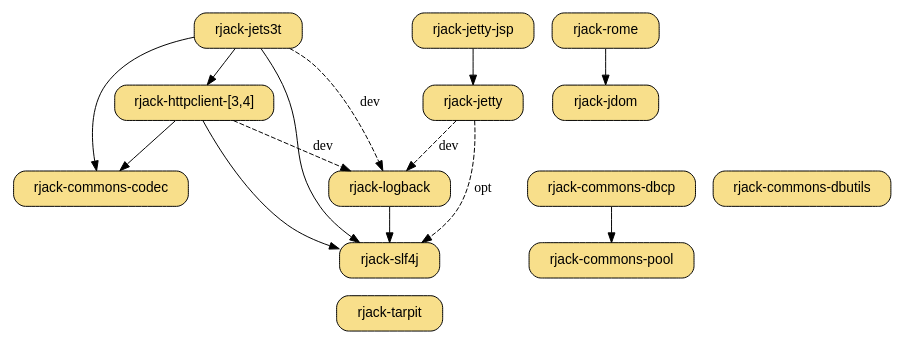
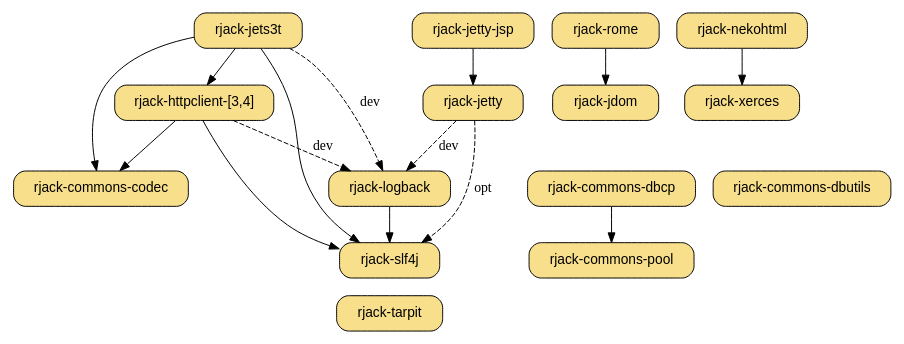
The diagram in www/rjack.dot (dekellum/rjack), drawn with Graphviz before and after one commit. The commit also changed 1 other file, not shown here.

Commit message:
Add nekohtml/xerces to www docs

```diff
--- a/www/rjack.dot
+++ b/www/rjack.dot
@@ -1,57 +1,65 @@
 digraph "RJack Gem Dependency Graph" {
   bgcolor="transparent";
   rankdir=TB;
   size="7.4,10";
   node [ shape=box, style="filled,rounded", fillcolor="#f8df8b",
          fontname="Arial", margin="0.30,0.1" ];
 
   "rjack-jets3t" -> "rjack-httpclient";
   "rjack-jets3t" -> "rjack-commons-codec";
   "rjack-jets3t" -> "rjack-slf4j";
   "rjack-jets3t" -> "rjack-logback" [ style=dashed, label="dev" ];
 
   subgraph u {
     rank=same
     "rjack-rome"   [ target=_parent, URL="rome/" ];
     "rjack-jets3t" [ target=_parent, URL="jets3t/" ];
+    "rjack-nekohtml" [ target=_parent, URL="nekohtml/" ];
   }
 
-  "rjack-jdom"     [ target=_parent, URL="jdom/" ];
+  subgraph l {
+    rank=same
+    "rjack-jdom"     [ target=_parent, URL="jdom/" ];
+    "rjack-xerces"   [ target=_parent, URL="xerces/" ];
+  }
+
   "rjack-rome" -> "rjack-jdom"
+
+  "rjack-nekohtml" -> "rjack-xerces"
 
   "rjack-httpclient" [ target=_parent, URL="httpclient-3/",
                        shape=record, label="rjack-httpclient-[3,4]" ];
 
   "rjack-httpclient" -> "rjack-commons-codec";
   "rjack-httpclient" -> "rjack-logback" [ style=dashed, label="dev" ];
   "rjack-httpclient" -> "rjack-slf4j";
 
   "rjack-jetty"     [ target=_parent, URL="jetty/" ];
   "rjack-jetty-jsp" [ target=_parent, URL="jetty-jsp/" ];
   "rjack-jetty-jsp" -> "rjack-jetty";
 
   "rjack-jetty" -> "rjack-logback" [ style=dashed, label="dev" ];
   "rjack-jetty" -> "rjack-slf4j"   [ style=dashed, label="opt" ];
 
   "rjack-slf4j"   [ target=_parent, URL="slf4j/", group=log ];
   "rjack-logback" [ target=_parent, URL="logback/", group=log ];
 
   "rjack-logback" -> "rjack-slf4j";
 
   "rjack-commons-codec"   [ target=_parent, URL="commons-codec/", group=commons ];
 
   subgraph d {
     rank=same
     "rjack-commons-dbcp"    [ target=_parent, URL="commons-dbcp/", group=commons ];
     "rjack-commons-dbutils" [ target=_parent, URL="commons-dbutils/", group=commons ];
   }
 
   "rjack-commons-pool"    [ target=_parent, URL="commons-pool/", group=commons ];
   "rjack-commons-dbcp" -> "rjack-commons-pool";
 
   subgraph t {
     rank=sink
     "rjack-tarpit" [ target=_parent, URL="tarpit/" ];
   }
 
 }
```
